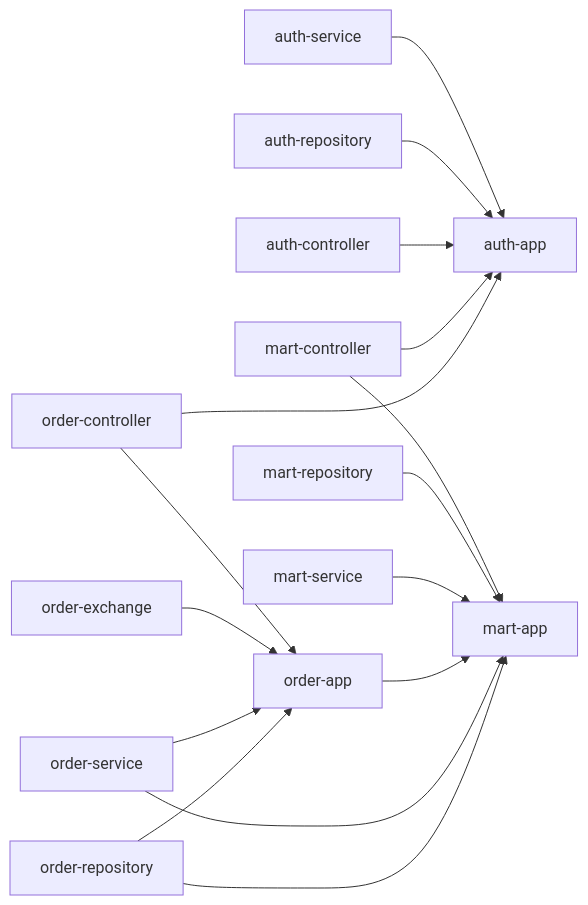
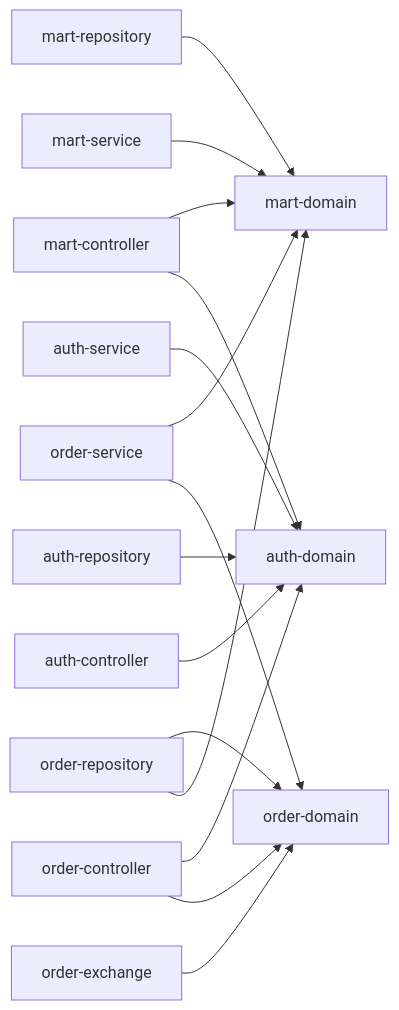
The diagram in README.md (next-step/spring-shopping), drawn with Mermaid before and after one commit.

Commit message:
docs: 의존성 문서화를 추가한다

````diff
--- a/README.md
+++ b/README.md
@@ -4,23 +4,22 @@
 ```mermaid
-flowchart LR  
+flowchart LR    
+
+mart-controller --> mart-domain  
+mart-repository --> mart-domain  
+mart-service --> mart-domain  
+mart-controller --> auth-domain  
+mart-domain  
+
+auth-service --> auth-domain  
+auth-repository --> auth-domain
+auth-controller --> auth-domain  
+auth-domain
   
-auth-service --> auth-app
-auth-repository --> auth-app
-auth-controller --> auth-app
-auth-app
-
-mart-controller --> auth-app
-mart-controller --> mart-app
-mart-repository --> mart-app
-mart-service --> mart-app
-mart-app
-
-order-controller --> auth-app
-order-controller --> order-app
-order-exchange --> order-app
-order-app --> mart-app
-order-service --> order-app
-order-service --> mart-app
-order-repository --> order-app
-order-repository --> mart-app
+order-service --> mart-domain
+order-service --> order-domain    
+order-controller --> auth-domain  
+order-controller --> order-domain  
+order-exchange --> order-domain  
+order-repository --> order-domain  
+order-repository --> mart-domain
 ```
````
